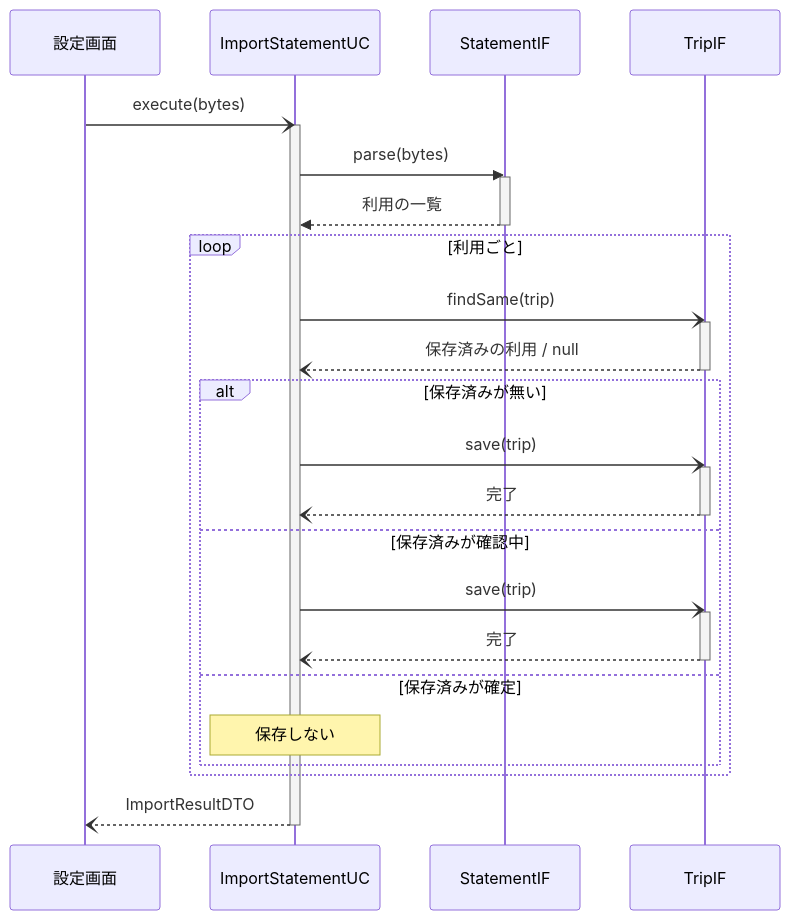
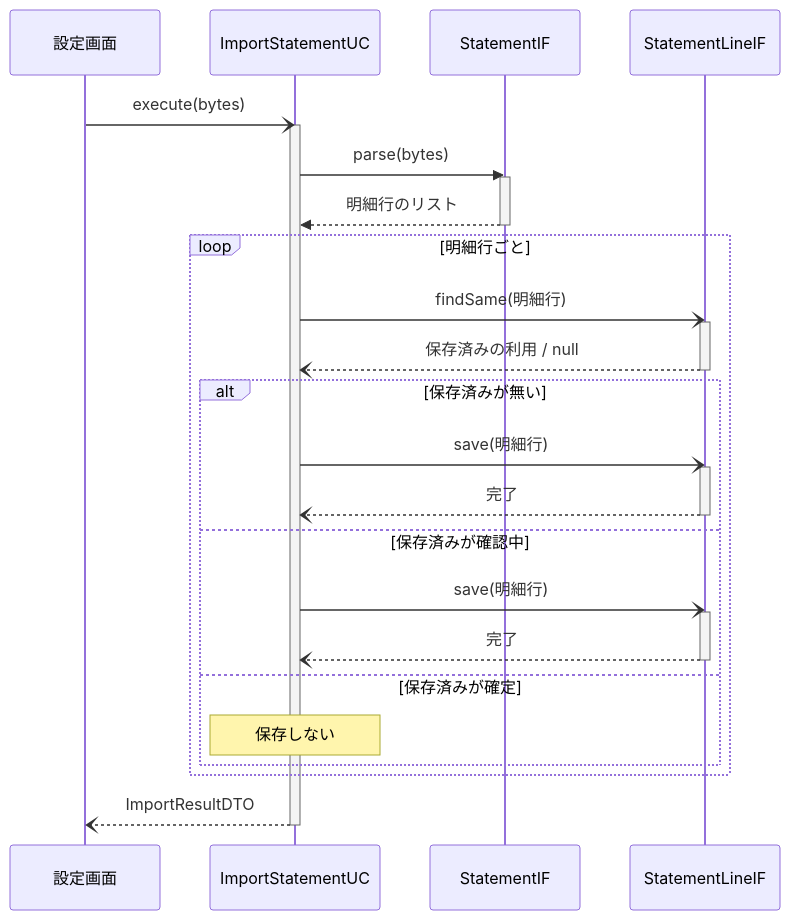
Before and after one commit to hnt1028/etc-meisai: the diagram in docs/systems/processes/PRC-001-import-statement.md, drawn with Mermaid. The commit also changed other lines of this file and 32 other files, not shown here.

````diff
--- a/docs/systems/processes/PRC-001-import-statement.md
+++ b/docs/systems/processes/PRC-001-import-statement.md
@@ -39,35 +39,35 @@
 ```mermaid
 sequenceDiagram
     participant UI as 設定画面
     participant UC as ImportStatementUC
     participant ST as StatementIF
-    participant TR as TripIF
+    participant TR as StatementLineIF
 
     UI-)UC: execute(bytes)
     activate UC
     UC->>ST: parse(bytes)
     activate ST
-    ST-->>UC: 利用の一覧
+    ST-->>UC: 明細行のリスト
     deactivate ST
-    loop 利用ごと
-        UC-)TR: findSame(trip)
+    loop 明細行ごと
+        UC-)TR: findSame(明細行)
         activate TR
         TR--)UC: 保存済みの利用 / null
         deactivate TR
         alt 保存済みが無い
-            UC-)TR: save(trip)
+            UC-)TR: save(明細行)
             activate TR
             TR--)UC: 完了
             deactivate TR
         else 保存済みが確認中
-            UC-)TR: save(trip)
+            UC-)TR: save(明細行)
             activate TR
             TR--)UC: 完了
             deactivate TR
         else 保存済みが確定
             Note over UC: 保存しない
         end
     end
     UC--)UI: ImportResultDTO
     deactivate UC
 ```
````
